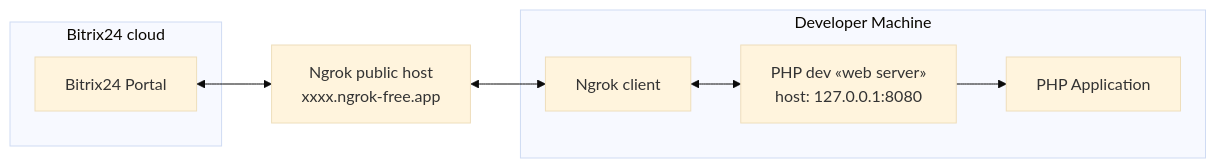
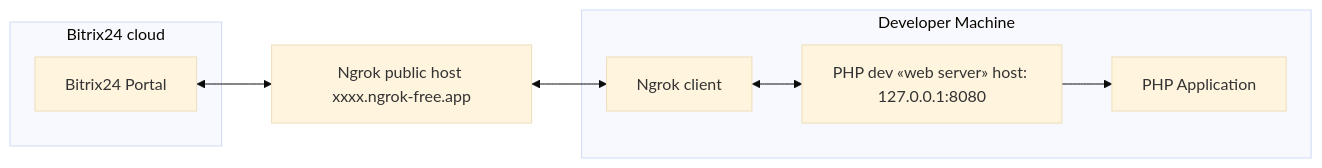
One commit to bitrix24/b24sdk-examples changed the first of 2 diagrams in php/quick-start/local-apps/token-storage-in-file/README.md. Above: the diagram before and after it, drawn with Mermaid (base theme). The commit also changed other lines of this file, not shown here.

````diff
--- a/php/quick-start/local-apps/token-storage-in-file/README.md
+++ b/php/quick-start/local-apps/token-storage-in-file/README.md
@@ -39,16 +39,14 @@
 ```mermaid
 graph LR
     subgraph Bitrix24 cloud
         A[Bitrix24 Account] 
     end
     
-    A[Bitrix24 Portal] <--> B[Ngrok public host
-     xxxx.ngrok-free.app]
+    A[Bitrix24 Portal] <--> B[Ngrok public host xxxx.ngrok-free.app]
     B <--> C[Ngrok client]
     
     subgraph Developer Machine 
-    C <--> D[PHP dev «web server» 
-    host: 127.0.0.1:8080]
+    C <--> D[PHP dev «web server» host: 127.0.0.1:8080]
     D --> E[PHP Application]
     end
 ```
````
